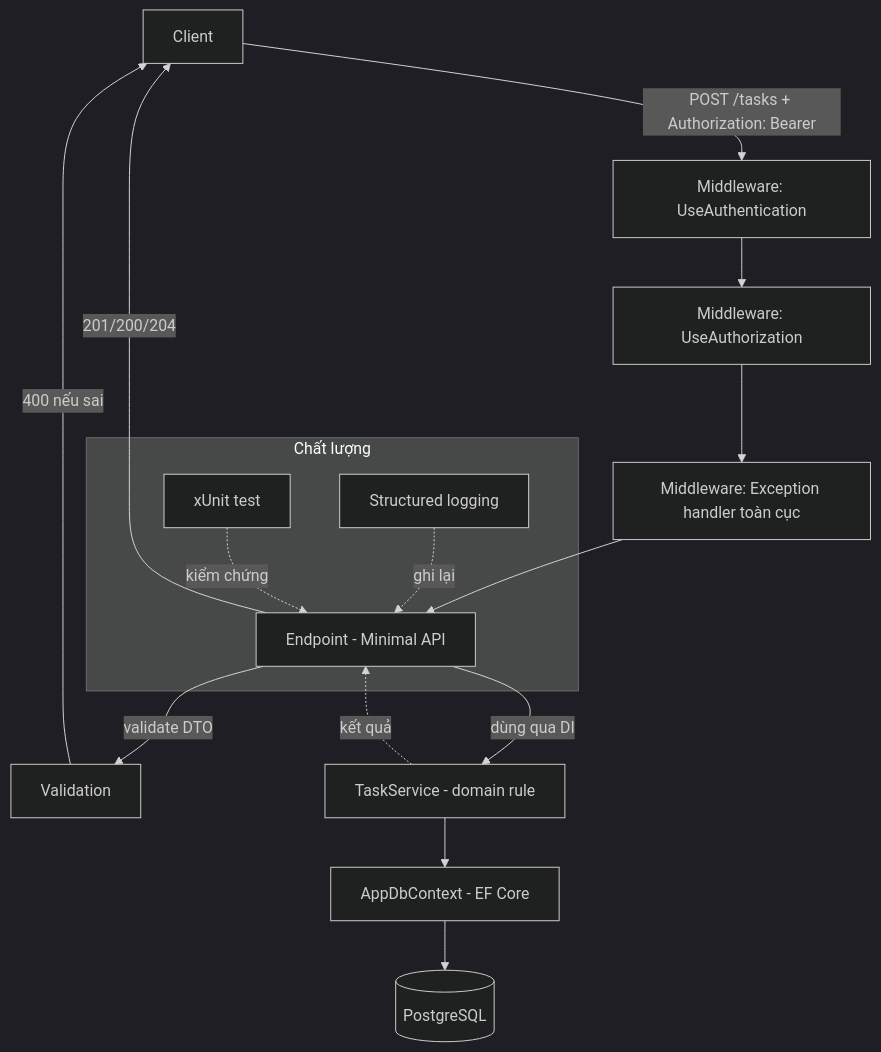
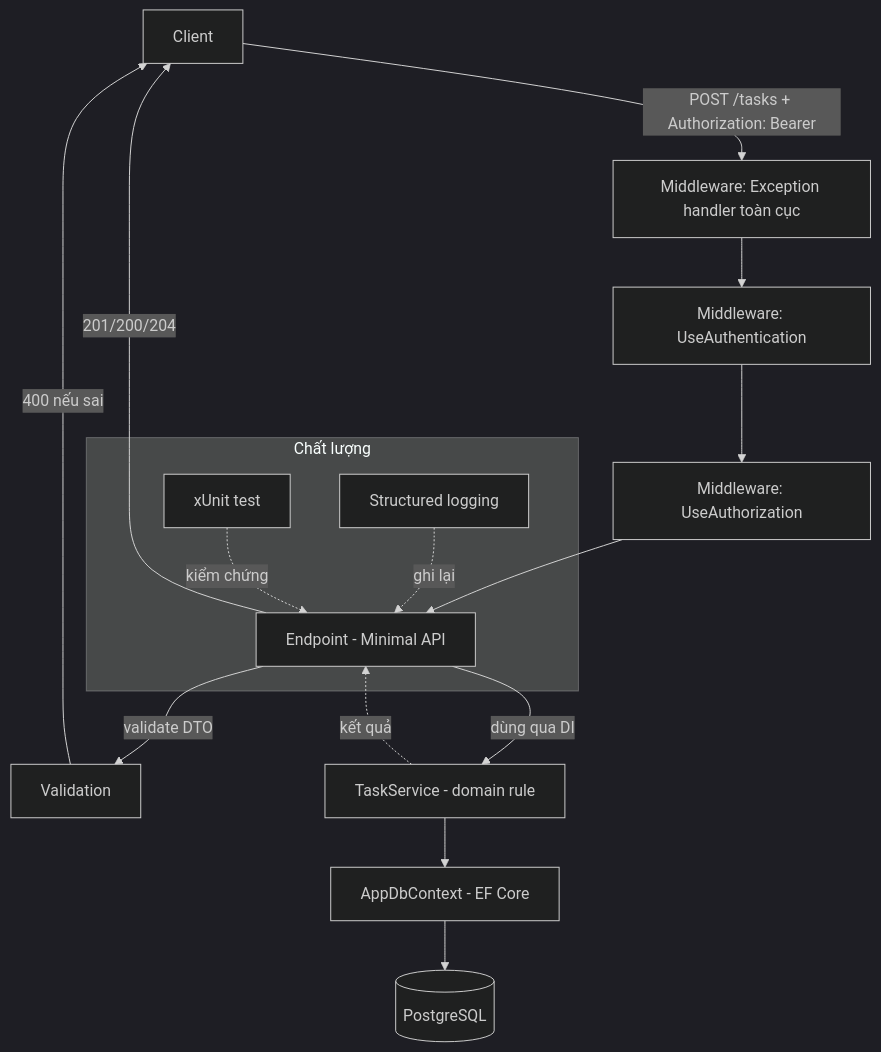
Before and after one commit to iamrealBi/learning-hub-v2: the diagram in docs/p5-ai/capstone.md, drawn with Mermaid (dark theme). The commit also changed other lines of this file and 20 other files, not shown here.

````diff
--- a/docs/p5-ai/capstone.md
+++ b/docs/p5-ai/capstone.md
@@ -64,18 +64,18 @@
 ```mermaid
 flowchart TD
-    C[Client] -->|POST /tasks + Authorization: Bearer| MW1[Middleware: UseAuthentication]
-    MW1 --> MW2[Middleware: UseAuthorization]
-    MW2 --> MW3[Middleware: Exception handler toàn cục]
+    C[Client] -->|POST /tasks + Authorization: Bearer| MW1[Middleware: Exception handler toàn cục]
+    MW1 --> MW2[Middleware: UseAuthentication]
+    MW2 --> MW3[Middleware: UseAuthorization]
     MW3 --> EP[Endpoint - Minimal API]
     EP -->|validate DTO| VAL[Validation]
     VAL -->|400 nếu sai| C
     EP -->|dùng qua DI| SVC[TaskService - domain rule]
     SVC --> REPO[AppDbContext - EF Core]
     REPO --> PG[(PostgreSQL)]
     SVC -.->|kết quả| EP
     EP -->|201/200/204| C
     subgraph Chất lượng
       LOG[Structured logging] -.ghi lại.-> EP
       T[xUnit test] -.kiểm chứng.-> EP
     end
 ```
````
